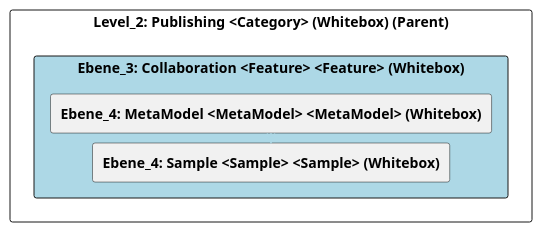
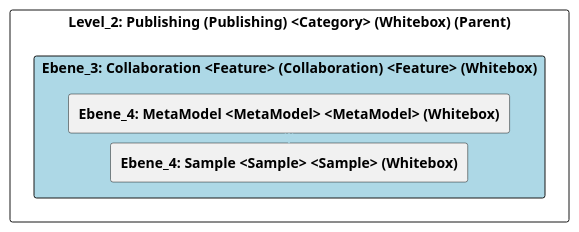
One commit to marcozwyssig/cleon changed the diagram in doc/cleonproject_deliverables_architecture_model_architecture/adoc/de/05_bausteinsicht/cleon/publishing/collaboration/ebene_3_collaboration.adoc. Above: the diagram before and after it, drawn with PlantUML. The commit also changed other lines of this file and 166 other files, not shown here.

```diff
--- a/doc/cleonproject_deliverables_architecture_model_architecture/adoc/de/05_bausteinsicht/cleon/publishing/collaboration/ebene_3_collaboration.adoc
+++ b/doc/cleonproject_deliverables_architecture_model_architecture/adoc/de/05_bausteinsicht/cleon/publishing/collaboration/ebene_3_collaboration.adoc
@@ -20,28 +20,28 @@
-[plantuml, Ebene_3: Collaboration <Feature> <Feature> (Whitebox)BlockOverview, format="svg"]
+[plantuml, Ebene_3: Collaboration <Feature> (Collaboration) <Feature> (Whitebox)BlockOverview, format="svg"]
 ----
-@startuml Ebene_3: Collaboration <Feature> <Feature> (Whitebox)BuildingBlockOverview
+@startuml Ebene_3: Collaboration <Feature> (Collaboration) <Feature> (Whitebox)BuildingBlockOverview
 
 skinparam ranksep 10
 skinparam componentStyle rectangle
 skinparam shadowing false
 skinparam arrowColor lightblue
 skinparam arrowThickness 1.2
 skinparam rectangle {
   BackgroundColor White
   BorderColor #333
   RoundCorner 10
 }
 top to bottom direction
 
-component "Level_2: Publishing <Category> (Whitebox) (Parent)" {
-    component "Ebene_3: Collaboration <Feature> <Feature> (Whitebox)" #lightblue {
+component "Level_2: Publishing (Publishing) <Category> (Whitebox) (Parent)" {
+    component "Ebene_3: Collaboration <Feature> (Collaboration) <Feature> (Whitebox)" #lightblue {
         [**Ebene_4: MetaModel <MetaModel> <MetaModel> (Whitebox)**] as 4A56DE41_D579_11EE_903E_9F564E4DE07E
         [**Ebene_4: Sample <Sample> <Sample> (Whitebox)**] as 4A56DE45_D579_11EE_903E_9F564E4DE07E
     }
 
     4A56DE41_D579_11EE_903E_9F564E4DE07E -down-> 4A56DE45_D579_11EE_903E_9F564E4DE07E
     
 }
 
 @enduml
 ----
```
